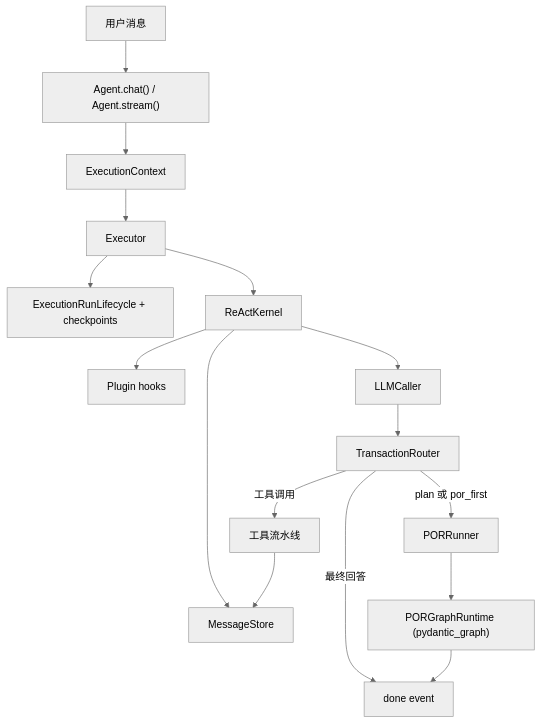
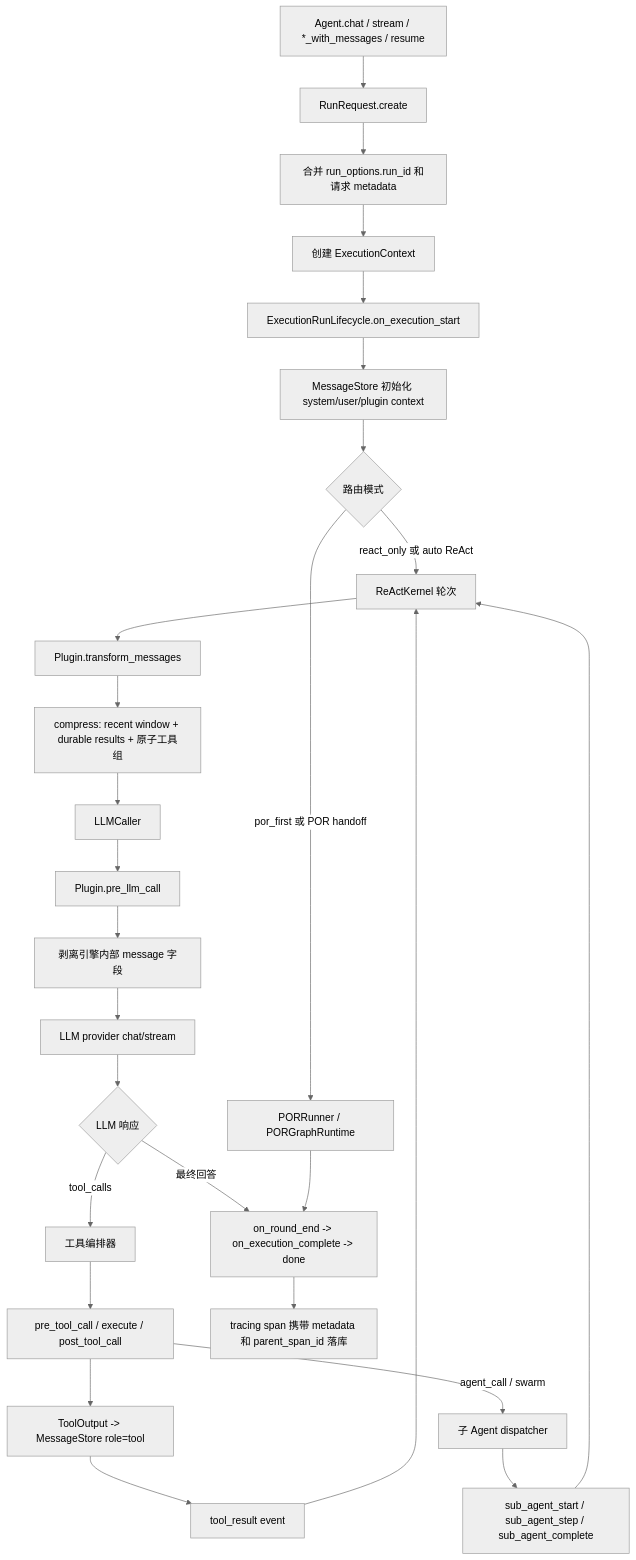
One commit to axclogo/AxcAgentEngine changed the second of 2 diagrams in README.zh-CN.md. Above: the diagram before and after it, drawn with Mermaid (neutral theme). The commit also changed other lines of this file and 71 other files, not shown here.

````diff
--- a/README.zh-CN.md
+++ b/README.zh-CN.md
@@ -327,18 +366,29 @@
 ```mermaid
 flowchart TD
-    A["用户消息"] --> B["Agent.chat() / Agent.stream()"]
-    B --> C["ExecutionContext"]
-    C --> D["Executor"]
-    D --> E["ExecutionRunLifecycle + checkpoints"]
-    D --> F["ReActKernel"]
-    F --> G["MessageStore"]
-    F --> H["Plugin hooks"]
-    F --> I["LLMCaller"]
-    I --> J["TransactionRouter"]
-    J -->|最终回答| K["done event"]
-    J -->|工具调用| L["工具流水线"]
-    L --> G
-    J -->|plan 或 por_first| M["PORRunner"]
-    M --> N["PORGraphRuntime (pydantic_graph)"]
-    N --> K
+    A["Agent.chat / stream / *_with_messages / resume"] --> B["RunRequest.create"]
+    B --> C["合并 run_options.run_id 和请求 metadata"]
+    C --> D["创建 ExecutionContext"]
+    D --> E["ExecutionRunLifecycle.on_execution_start"]
+    E --> F["MessageStore 初始化 system/user/plugin context"]
+    F --> G{"路由模式"}
+    G -->|react_only 或 auto ReAct| H["ReActKernel 轮次"]
+    G -->|por_first 或 POR handoff| I["PORRunner / PORGraphRuntime"]
+    H --> J["Plugin.transform_messages"]
+    J --> K["compress: recent window + durable results + 原子工具组"]
+    K --> L["LLMCaller"]
+    L --> M["Plugin.pre_llm_call"]
+    M --> N["剥离引擎内部 message 字段"]
+    N --> O["LLM provider chat/stream"]
+    O --> P{"LLM 响应"}
+    P -->|最终回答| Q["on_round_end -> on_execution_complete -> done"]
+    P -->|tool_calls| R["工具编排器"]
+    R --> S["pre_tool_call / execute / post_tool_call"]
+    S --> T["ToolOutput -> MessageStore role=tool"]
+    T --> U["tool_result event"]
+    U --> H
+    S -->|agent_call / swarm| V["子 Agent dispatcher"]
+    V --> W["sub_agent_start / sub_agent_step / sub_agent_complete"]
+    W --> H
+    I --> Q
+    Q --> X["tracing span 携带 metadata 和 parent_span_id 落库"]
 ```
````
